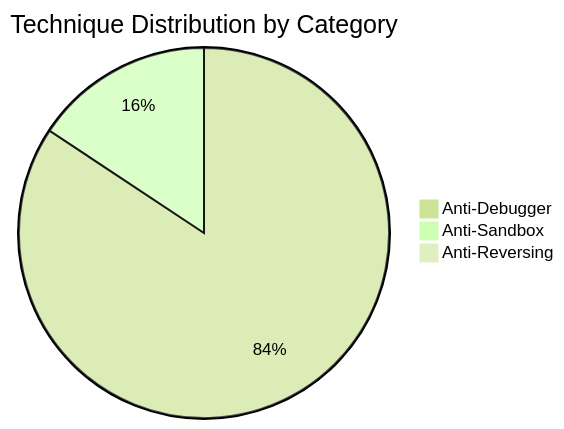
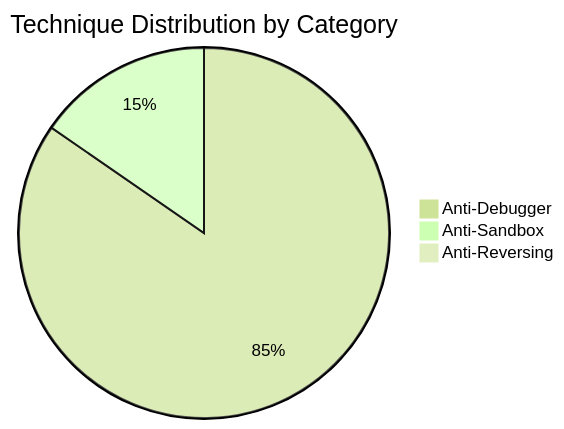
The second of 8 diagrams in docs/diagrams/taxonomy.md (mabj/anti), drawn with Mermaid (forest theme) before and after one commit. The commit also changed other lines of this file and 3 other files, not shown here.

````diff
--- a/docs/diagrams/taxonomy.md
+++ b/docs/diagrams/taxonomy.md
@@ -34,6 +34,6 @@
 ```mermaid
 pie title Technique Distribution by Category
-    "Anti-Debugger" : 43
+    "Anti-Debugger" : 44
     "Anti-Sandbox" : 8
     "Anti-Reversing" : 0
 ```
````
